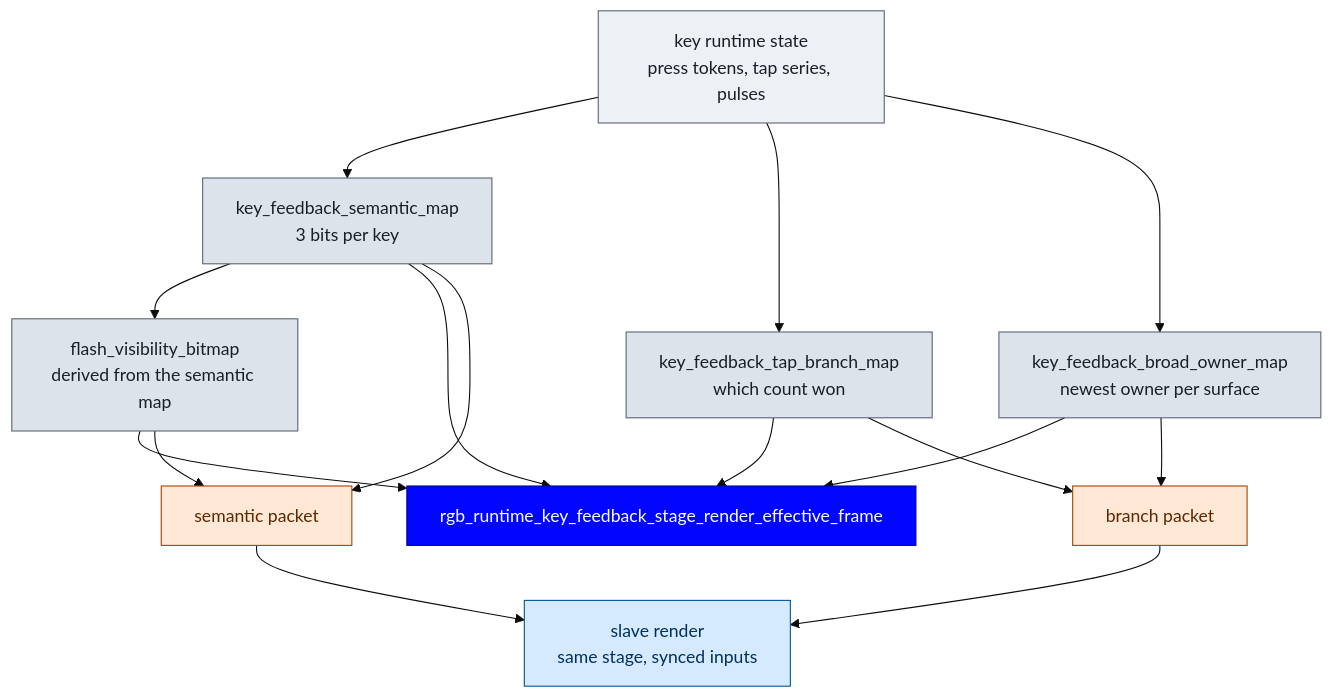
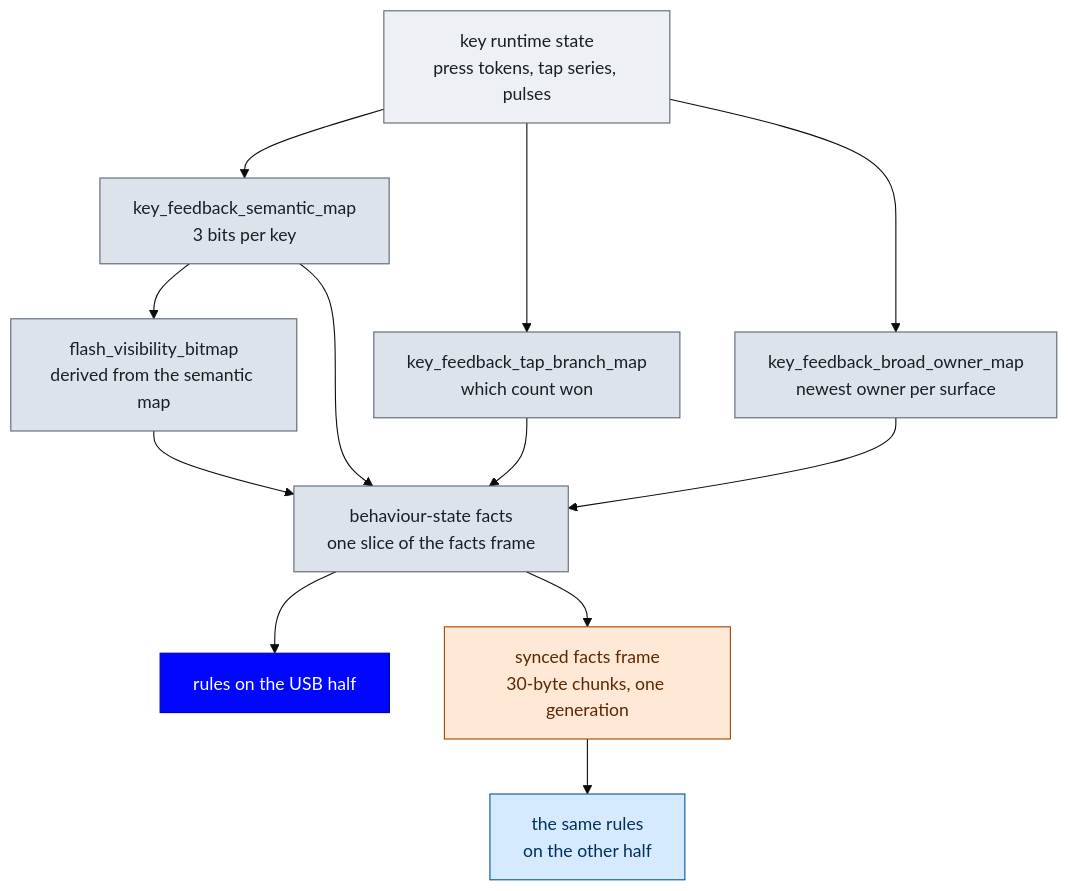
One commit to NoahCLR/charybdis-4x6 changed the second of 5 diagrams in docs/RGB_IMPLEMENTATION.md. Above: the diagram before and after it, drawn with Mermaid (base theme). The commit also changed other lines of this file and 26 other files, not shown here.

````diff
--- a/docs/RGB_IMPLEMENTATION.md
+++ b/docs/RGB_IMPLEMENTATION.md
@@ -72,30 +73,27 @@
 ```mermaid
 flowchart TD
     ENG["key runtime state<br>press tokens, tap series, pulses"]
     ENG --> SEM["key_feedback_semantic_map<br>3 bits per key"]
     ENG --> BR["key_feedback_tap_branch_map<br>which count won"]
     ENG --> OWN["key_feedback_broad_owner_map<br>newest owner per surface"]
     SEM --> FV["flash_visibility_bitmap<br>derived from the semantic map"]
 
-    SEM --> RENDER["rgb_runtime_key_feedback_stage_render_effective_frame"]
-    BR --> RENDER
-    OWN --> RENDER
-    FV --> RENDER
+    SEM --> SLICE["behaviour-state facts<br>one slice of the facts frame"]
+    BR --> SLICE
+    OWN --> SLICE
+    FV --> SLICE
 
-    SEM --> P1["semantic packet"]
-    FV --> P1
-    BR --> P2["branch packet"]
-    OWN --> P2
-    P1 --> SLAVE["slave render<br>same stage, synced inputs"]
-    P2 --> SLAVE
+    SLICE --> RENDER["rules on the USB half"]
+    SLICE --> LINK["synced facts frame<br>30-byte chunks, one generation"]
+    LINK --> SLAVE["the same rules<br>on the other half"]
 
     style ENG fill:#EDF0F4,stroke:#5A6673,color:#1A1F26
     style SEM fill:#DDE3EA,stroke:#5A6673,color:#1A1F26
     style BR fill:#DDE3EA,stroke:#5A6673,color:#1A1F26
     style OWN fill:#DDE3EA,stroke:#5A6673,color:#1A1F26
     style FV fill:#DDE3EA,stroke:#5A6673,color:#1A1F26
+    style SLICE fill:#DDE3EA,stroke:#5A6673,color:#1A1F26
     style RENDER fill:#0006FF,stroke:#00049E,color:#FFFFFF
-    style P1 fill:#FFE8D6,stroke:#A34500,color:#5C2800
-    style P2 fill:#FFE8D6,stroke:#A34500,color:#5C2800
+    style LINK fill:#FFE8D6,stroke:#A34500,color:#5C2800
     style SLAVE fill:#D6EAFF,stroke:#00539E,color:#00305C
 ```
````
